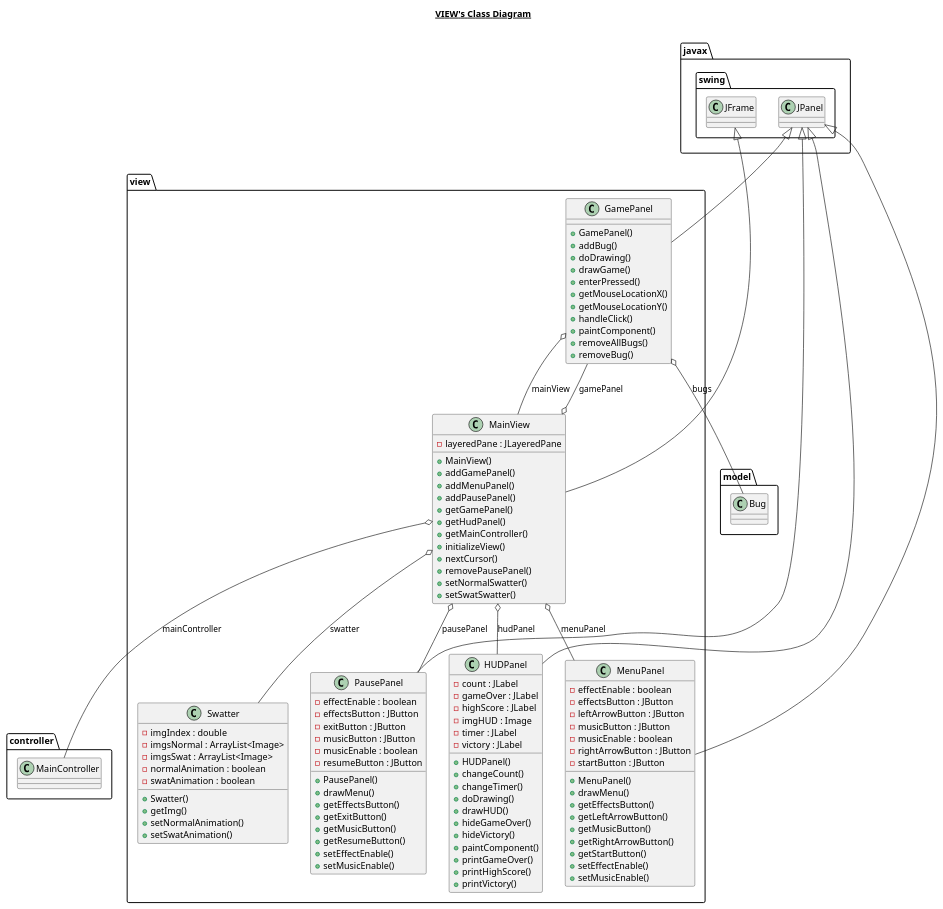
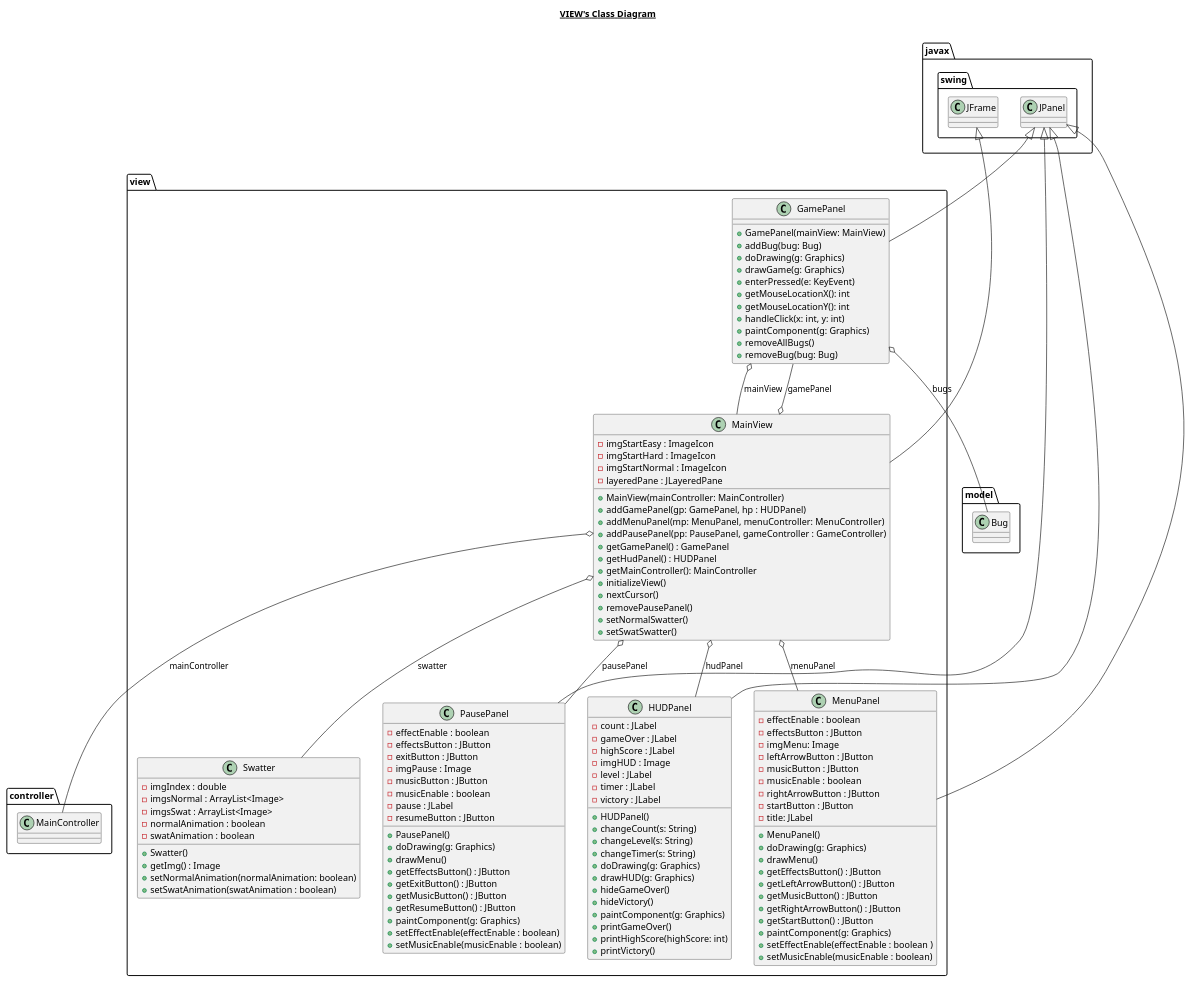
Before and after one commit to lcintini/JFlySwatter: the diagram in src/view/view.plantuml, drawn with PlantUML. The commit also changed 10 other files, not shown here.

Commit message:
correzione diagrammi uml

```diff
--- a/src/view/view.plantuml
+++ b/src/view/view.plantuml
@@ -1,137 +1,150 @@
 @startuml
 
 title __VIEW's Class Diagram__\n
 
   namespace view {
       class view.GamePanel {
-          + GamePanel()
-          + addBug()
-          + doDrawing()
-          + drawGame()
-          + enterPressed()
-          + getMouseLocationX()
-          + getMouseLocationY()
-          + handleClick()
-          + paintComponent()
+          + GamePanel(mainView: MainView)
+          + addBug(bug: Bug)
+          + doDrawing(g: Graphics)
+          + drawGame(g: Graphics)
+          + enterPressed(e: KeyEvent)
+          + getMouseLocationX(): int
+          + getMouseLocationY(): int
+          + handleClick(x: int, y: int)
+          + paintComponent(g: Graphics)
           + removeAllBugs()
-          + removeBug()
+          + removeBug(bug: Bug)
       }
     }
   
 
   namespace view {
       class view.HUDPanel {
           - count : JLabel
           - gameOver : JLabel
           - highScore : JLabel
           - imgHUD : Image
+          - level : JLabel
           - timer : JLabel
           - victory : JLabel
           + HUDPanel()
-          + changeCount()
-          + changeTimer()
-          + doDrawing()
-          + drawHUD()
+          + changeCount(s: String)
+          + changeLevel(s: String)
+          + changeTimer(s: String)
+          + doDrawing(g: Graphics)
+          + drawHUD(g: Graphics)
           + hideGameOver()
           + hideVictory()
-          + paintComponent()
+          + paintComponent(g: Graphics)
           + printGameOver()
-          + printHighScore()
+          + printHighScore(highScore: int)
           + printVictory()
       }
     }
   
 
  namespace view {
       class view.MainView {
+          - imgStartEasy : ImageIcon
+          - imgStartHard : ImageIcon
+          - imgStartNormal : ImageIcon
           - layeredPane : JLayeredPane
-          + MainView()
-          + addGamePanel()
-          + addMenuPanel()
-          + addPausePanel()
-          + getGamePanel()
-          + getHudPanel()
-          + getMainController()
+          + MainView(mainController: MainController)
+          + addGamePanel(gp: GamePanel, hp : HUDPanel)
+          + addMenuPanel(mp: MenuPanel, menuController: MenuController)
+          + addPausePanel(pp: PausePanel, gameController : GameController)
+          + getGamePanel() : GamePanel
+          + getHudPanel() : HUDPanel
+          + getMainController(): MainController
           + initializeView()
           + nextCursor()
           + removePausePanel()
           + setNormalSwatter()
           + setSwatSwatter()
       }
     }
   
 
   namespace view {
       class view.MenuPanel {
           - effectEnable : boolean
           - effectsButton : JButton
+          - imgMenu: Image
           - leftArrowButton : JButton
           - musicButton : JButton
           - musicEnable : boolean
           - rightArrowButton : JButton
           - startButton : JButton
+          - title: JLabel
           + MenuPanel()
+          + doDrawing(g: Graphics)
           + drawMenu()
-          + getEffectsButton()
-          + getLeftArrowButton()
-          + getMusicButton()
-          + getRightArrowButton()
-          + getStartButton()
-          + setEffectEnable()
-          + setMusicEnable()
+          + getEffectsButton() : JButton
+          + getLeftArrowButton() : JButton
+          + getMusicButton() : JButton
+          + getRightArrowButton() : JButton
+          + getStartButton() : JButton
+          + paintComponent(g: Graphics)
+          + setEffectEnable(effectEnable : boolean )
+          + setMusicEnable(musicEnable : boolean)
       }
     }
   
 
   namespace view {
       class view.PausePanel {
           - effectEnable : boolean
           - effectsButton : JButton
           - exitButton : JButton
+          - imgPause : Image
           - musicButton : JButton
           - musicEnable : boolean
+          - pause : JLabel
           - resumeButton : JButton
           + PausePanel()
+          + doDrawing(g: Graphics)
           + drawMenu()
-          + getEffectsButton()
-          + getExitButton()
-          + getMusicButton()
-          + getResumeButton()
-          + setEffectEnable()
-          + setMusicEnable()
+          + getEffectsButton() : JButton
+          + getExitButton() : JButton
+          + getMusicButton() : JButton
+          + getResumeButton() : JButton
+          + paintComponent(g: Graphics)
+          + setEffectEnable(effectEnable : boolean)
+          + setMusicEnable(musicEnable : boolean)
       }
     }
   
 
   namespace view {
       class view.Swatter {
           - imgIndex : double
           - imgsNormal : ArrayList<Image>
           - imgsSwat : ArrayList<Image>
           - normalAnimation : boolean
           - swatAnimation : boolean
           + Swatter()
-          + getImg()
-          + setNormalAnimation()
-          + setSwatAnimation()
+          + getImg() : Image
+          + setNormalAnimation(normalAnimation: boolean)
+          + setSwatAnimation(swatAnimation : boolean)
       }
     }
   
 
   view.GamePanel -up-|> javax.swing.JPanel
   view.GamePanel o-- view.MainView : mainView
   view.HUDPanel -up-|> javax.swing.JPanel
   view.MainView -up-|> javax.swing.JFrame
   view.MainView o-- view.GamePanel : gamePanel
   view.MainView o-- view.HUDPanel : hudPanel
   view.MainView o-- controller.MainController : mainController
   view.MainView o-- view.MenuPanel : menuPanel
   view.MainView o-- view.PausePanel : pausePanel
   view.MainView o-- view.Swatter : swatter
   view.MenuPanel -up-|> javax.swing.JPanel
   view.PausePanel -up-|> javax.swing.JPanel
     view.GamePanel o-- model.Bug : bugs
 
 
 
 @enduml
```
